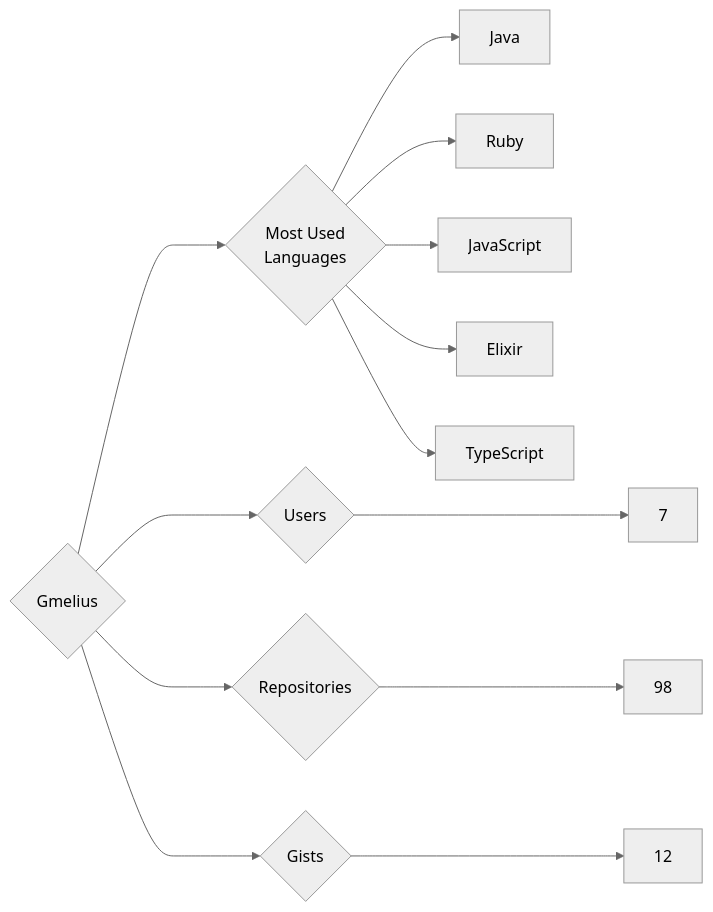
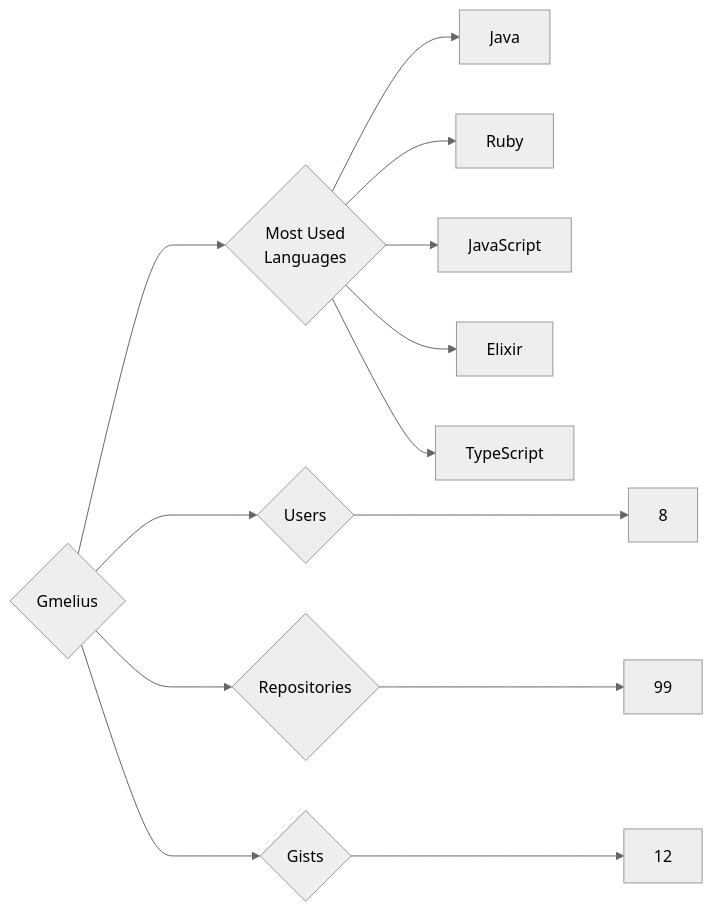
One commit to trickest/insiders changed the diagram in targets/Gmelius/README.md. Above: the diagram before and after it, drawn with Mermaid (neutral theme). The commit also changed 984 other files, not shown here.

````diff
--- a/targets/Gmelius/README.md
+++ b/targets/Gmelius/README.md
@@ -3,13 +3,13 @@
 ```mermaid
 graph LR
 COMPANY_NAME{Gmelius}
-COMPANY_NAME ---> U{Users} ---> UN[7]
-COMPANY_NAME ---> R{Repositories} ---> RN[98]
+COMPANY_NAME ---> U{Users} ---> UN[8]
+COMPANY_NAME ---> R{Repositories} ---> RN[99]
 COMPANY_NAME ---> G{Gists} ---> GN[12]
 COMPANY_NAME ---> ML{Most Used<br>Languages}
 ML --> Java[Java]
 ML --> Ruby[Ruby]
 ML --> JavaScript[JavaScript]
 ML --> Elixir[Elixir]
 ML --> TypeScript[TypeScript]
 ```
````
